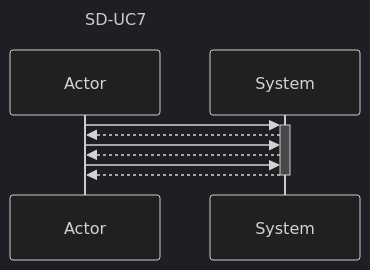
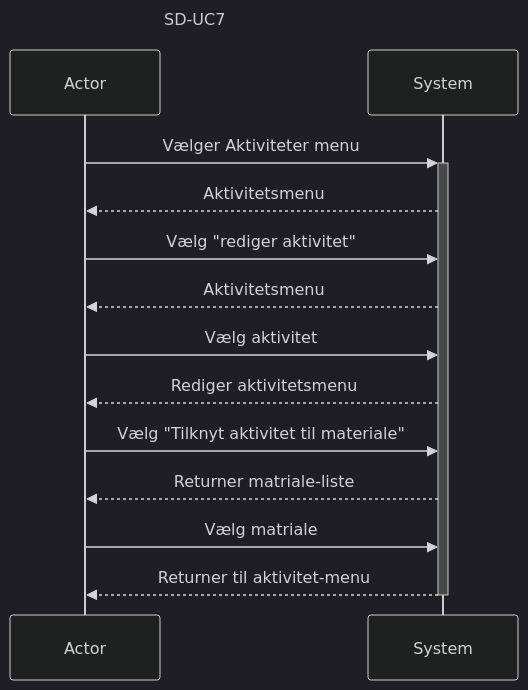
Before and after one commit to DMOoF25-Team-11-2/GettingReal: the diagram in documentation/SD-UC7.mmd, drawn with Mermaid. The commit also changed 2 other files, not shown here.

```diff
--- a/documentation/SD-UC7.mmd
+++ b/documentation/SD-UC7.mmd
@@ -1,17 +1,23 @@
 ---
 config:
   theme: dark
   look: classic
   layout: dagre
 title: SD-UC7
 description: |
+    Brugeren tilknytte et materialer til en given aktivitet.
+    Tilknytningen gemmes i systemet. 
 ---
 sequenceDiagram
     participant User as Actor
     participant System
-    User->>+System: 
-    System-->>User: 
-    User->>System: 
-    System-->>User: 
-    User->>System: 
-    System-->>-User: 
+    User->>+System: Vælger Aktiviteter menu
+    System-->>User: Aktivitetsmenu
+    User->>System: Vælg "rediger aktivitet"
+    System-->>User: Aktivitetsmenu
+    User->>System: Vælg aktivitet
+    System-->>User: Rediger aktivitetsmenu
+    User->>System: Vælg "Tilknyt aktivitet til materiale"
+    System-->>User: Returner matriale-liste
+    User->>System: Vælg matriale
+    System-->>-User: Returner til aktivitet-menu
```
